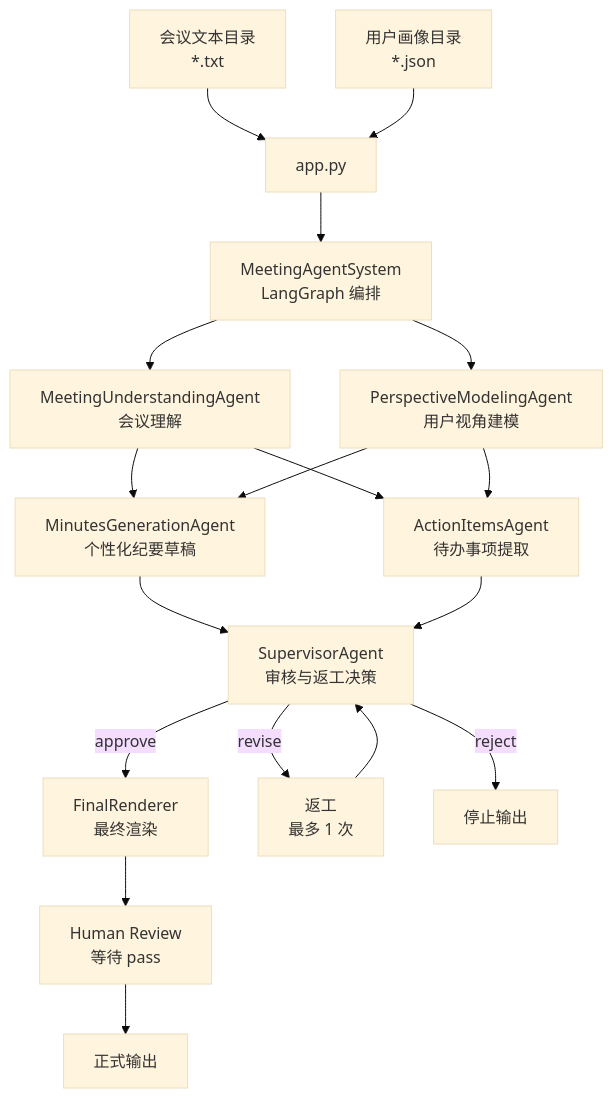
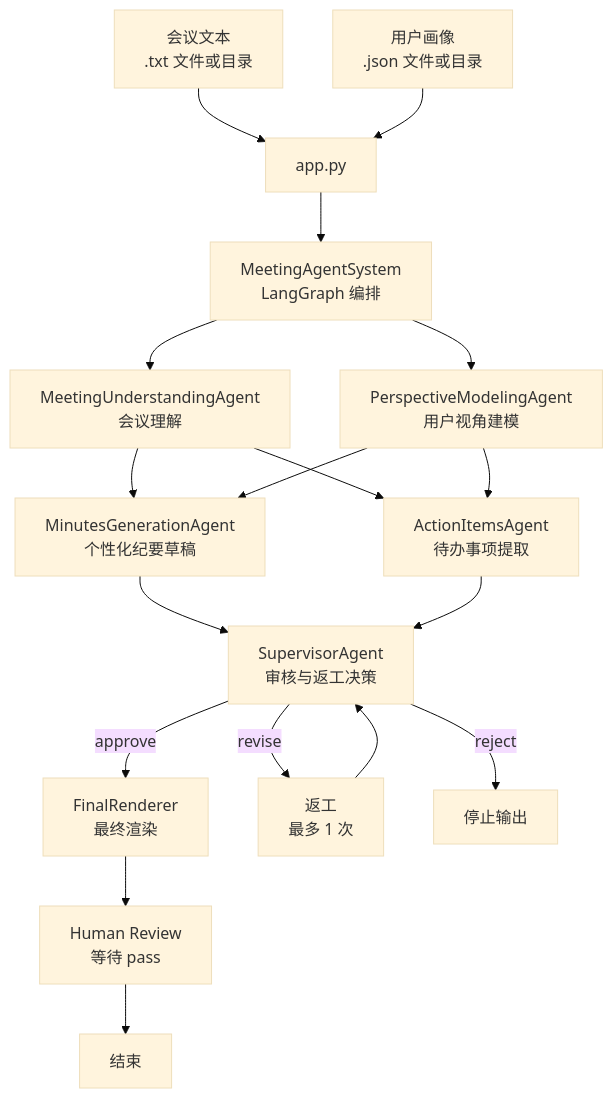
Before and after one commit to ohhhhh-hyf/AgentFlow: the diagram in README.md, drawn with Mermaid (base theme). The commit also changed other lines of this file and 1 other file, not shown here.

````diff
--- a/README.md
+++ b/README.md
@@ -157,26 +161,26 @@
 ```mermaid
 flowchart TD
-    A["会议文本目录<br/>*.txt"] --> B["app.py"]
-    U["用户画像目录<br/>*.json"] --> B
+    A["会议文本<br/>.txt 文件或目录"] --> B["app.py"]
+    U["用户画像<br/>.json 文件或目录"] --> B
 
     B --> G["MeetingAgentSystem<br/>LangGraph 编排"]
 
     G --> C1["MeetingUnderstandingAgent<br/>会议理解"]
     G --> C2["PerspectiveModelingAgent<br/>用户视角建模"]
 
     C1 --> D1["MinutesGenerationAgent<br/>个性化纪要草稿"]
     C2 --> D1
     C1 --> D2["ActionItemsAgent<br/>待办事项提取"]
     C2 --> D2
 
     D1 --> E["SupervisorAgent<br/>审核与返工决策"]
     D2 --> E
 
     E -->|approve| F["FinalRenderer<br/>最终渲染"]
     E -->|revise| R["返工<br/>最多 1 次"]
     R --> E
     E -->|reject| X["停止输出"]
 
     F --> H["Human Review<br/>等待 pass"]
-    H --> I["正式输出"]
+    H --> I["结束"]
 ```
````
